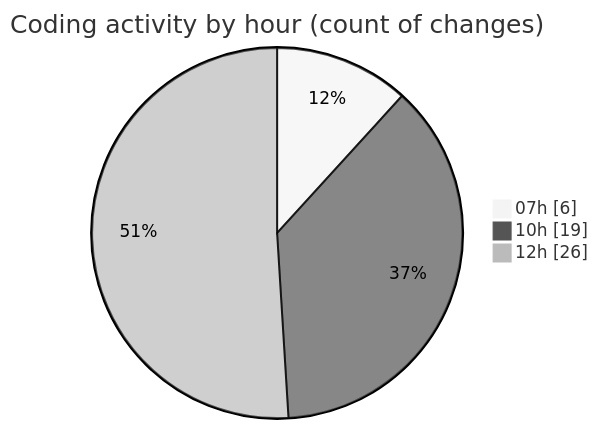
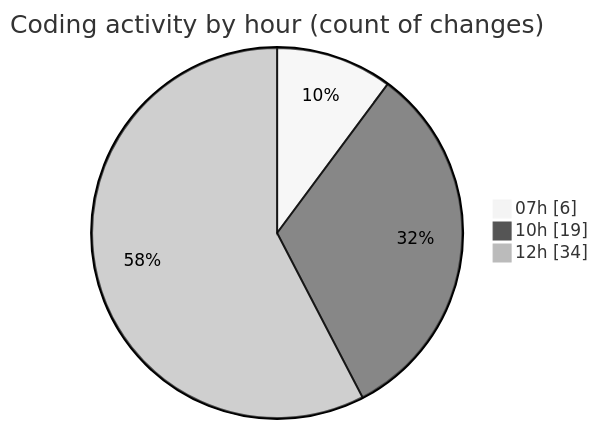
The second of 2 diagrams in 2025-08-14/rentotp/README.md (lephambinh05/code-tracking), drawn with Mermaid (neutral theme) before and after one commit. The commit also changed other lines of this file and 1 other file, not shown here.

````diff
--- a/2025-08-14/rentotp/README.md
+++ b/2025-08-14/rentotp/README.md
@@ -34,7 +34,7 @@
 ```mermaid
 pie showData
 title Coding activity by hour (count of changes)
 "07h" : 6
 "10h" : 19
-"12h" : 26
+"12h" : 34
 ```
````
